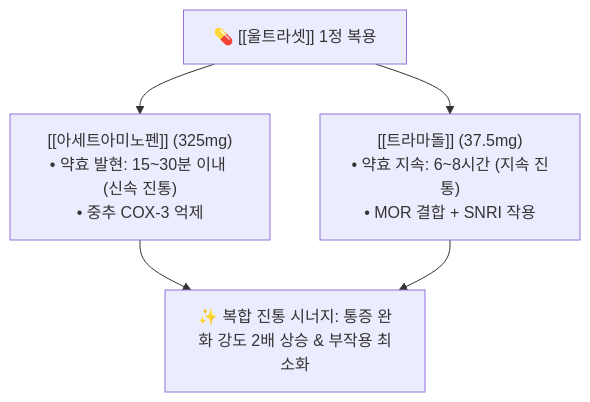
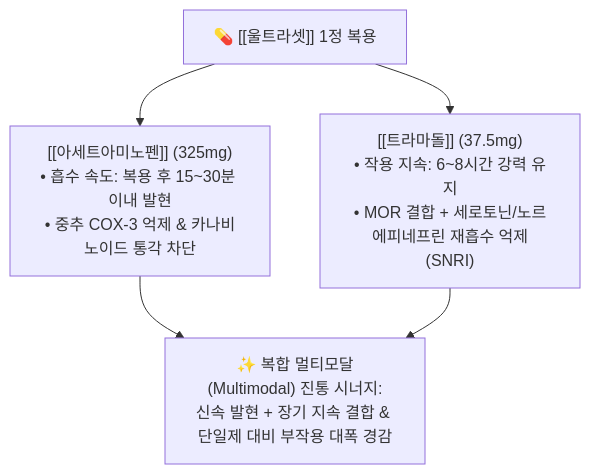
One commit to simbio11/simbio-digital-garden2 changed the diagram in content/2. 약리 공부/양방 약/01_근골격·진통소염제/울트라셋.md. Above: the diagram before and after it, drawn with Mermaid. The commit also changed other lines of this file and 325 other files, not shown here.

````diff
--- a/content/2. 약리 공부/양방 약/01_근골격·진통소염제/울트라셋.md
+++ b/content/2. 약리 공부/양방 약/01_근골격·진통소염제/울트라셋.md
@@ -40,8 +58,8 @@
 ```mermaid
 graph TD
-    Ultracet["💊 [[울트라셋]] 1정 복용"] --> AAP["[[아세트아미노펜]] (325mg)<br/>• 약효 발현: 15~30분 이내 (신속 진통)<br/>• 중추 COX-3 억제"]
-    Ultracet --> Tramadol["[[트라마돌]] (37.5mg)<br/>• 약효 지속: 6~8시간 (지속 진통)<br/>• MOR 결합 + SNRI 작용"]
+    Ultracet["💊 [[울트라셋]] 1정 복용"] --> AAP["[[아세트아미노펜]] (325mg)<br/>• 흡수 속도: 복용 후 15~30분 이내 발현<br/>• 중추 COX-3 억제 & 카나비노이드 통각 차단"]
+    Ultracet --> Tramadol["[[트라마돌]] (37.5mg)<br/>• 작용 지속: 6~8시간 강력 유지<br/>• MOR 결합 + 세로토닌/노르에피네프린 재흡수 억제(SNRI)"]
     
-    AAP --> Synergy["✨ 복합 진통 시너지: 통증 완화 강도 2배 상승 & 부작용 최소화"]
+    AAP --> Synergy["✨ 복합 멀티모달(Multimodal) 진통 시너지:<br/>신속 발현 + 장기 지속 결합 & 단일제 대비 부작용 대폭 경감"]
     Tramadol --> Synergy
 ```
````
